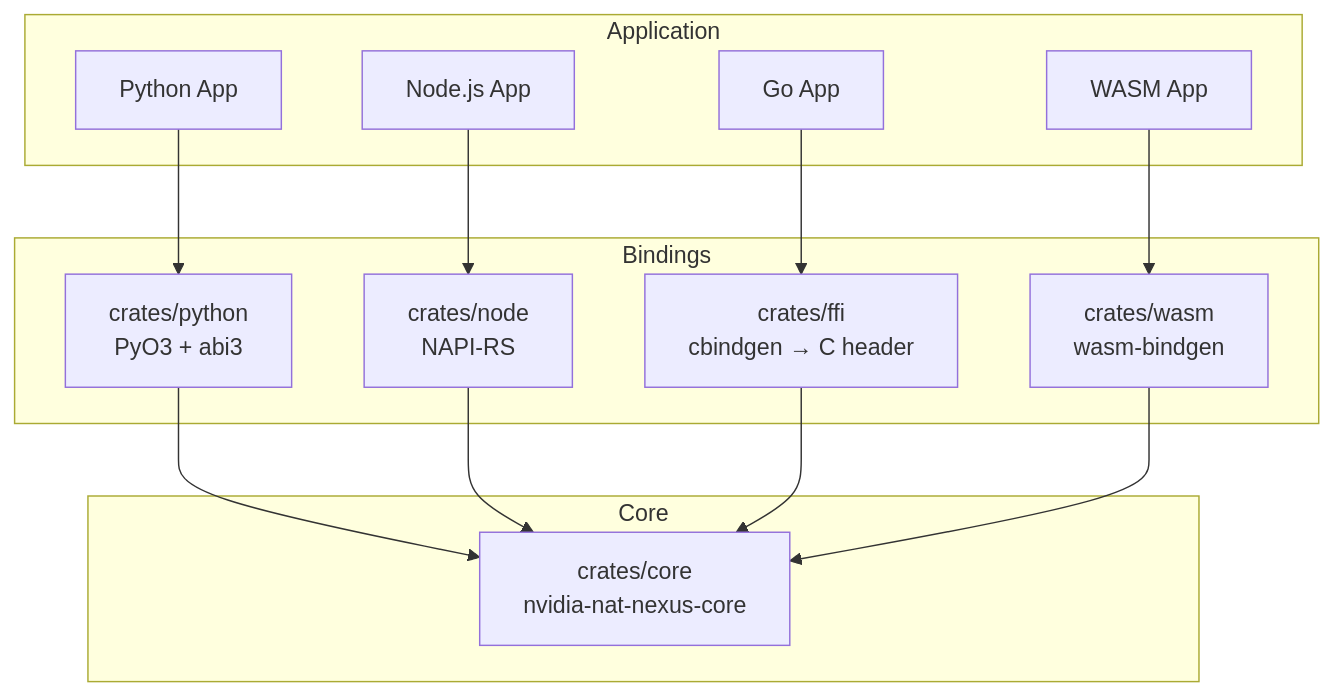
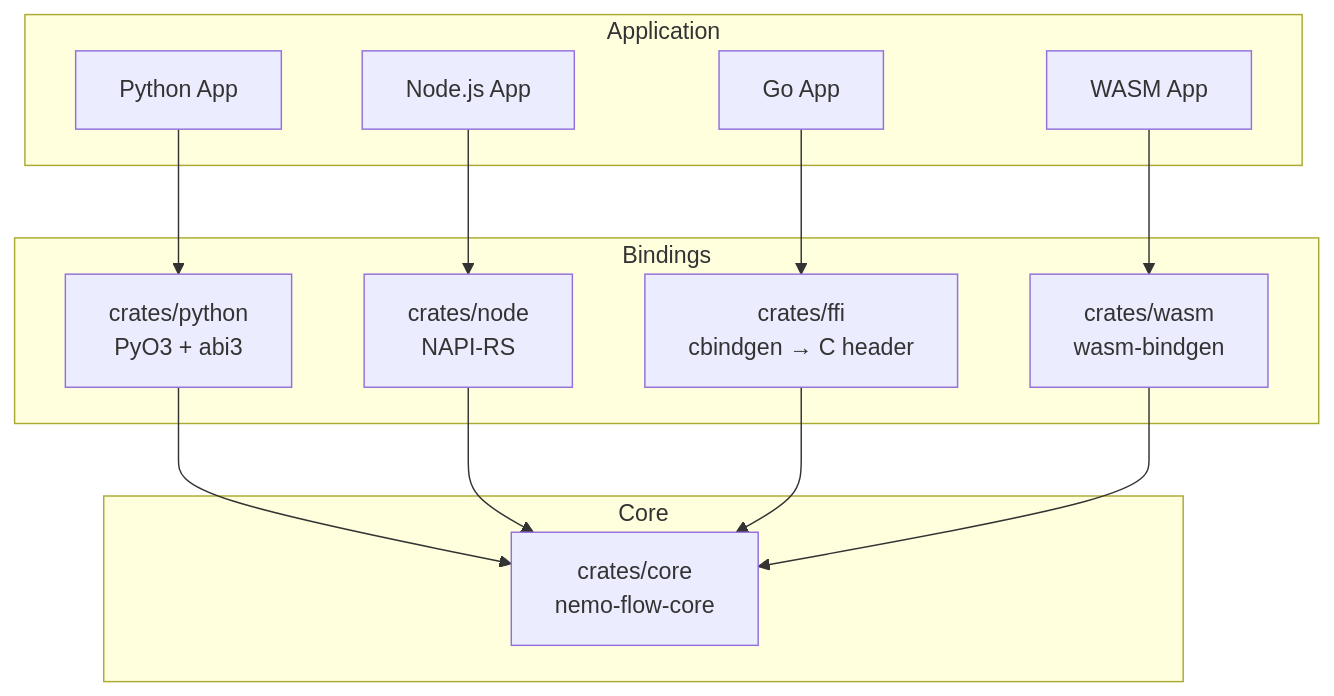
One commit to NVIDIA/NeMo-Relay changed the first of 4 diagrams in docs/architecture.md. Above: the diagram before and after it, drawn with Mermaid. The commit also changed other lines of this file and 312 other files, not shown here.

````diff
--- a/docs/architecture.md
+++ b/docs/architecture.md
@@ -41,30 +41,30 @@
 ```mermaid
 graph TD
     subgraph "Application"
         PY[Python App]
         JS[Node.js App]
         GO[Go App]
         WA[WASM App]
     end
 
     subgraph "Bindings"
         PYO3[crates/python<br/>PyO3 + abi3]
         NAPI[crates/node<br/>NAPI-RS]
         FFI[crates/ffi<br/>cbindgen → C header]
         WASM[crates/wasm<br/>wasm-bindgen]
     end
 
     subgraph "Core"
-        CORE[crates/core<br/>nvidia-nat-nexus-core]
+        CORE[crates/core<br/>nemo-flow-core]
     end
 
     PY --> PYO3
     JS --> NAPI
     GO --> FFI
     WA --> WASM
 
     PYO3 --> CORE
     NAPI --> CORE
     FFI --> CORE
     WASM --> CORE
 ```
````
